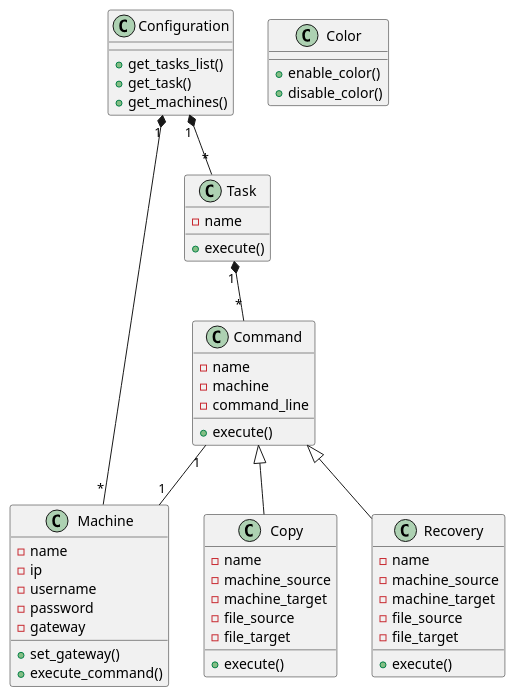
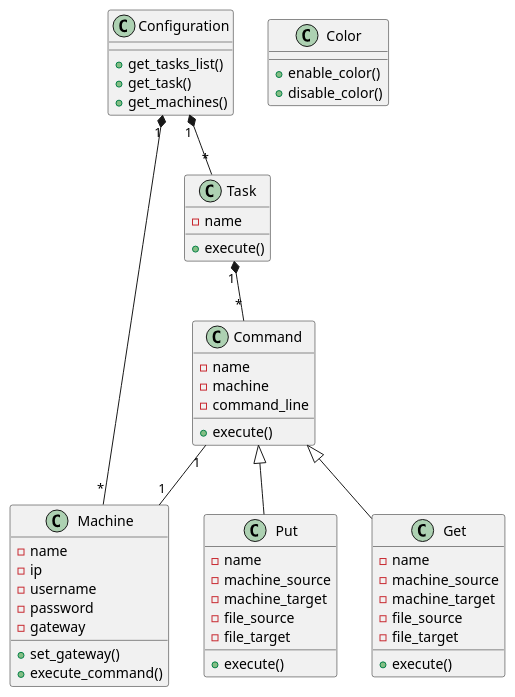
One commit to bth/stools changed the diagram in doc/conception.rst. Above: the diagram before and after it, drawn with PlantUML. The commit also changed 6 other files, not shown here.

Commit message:
Change operations names for get and put operation

```diff
--- a/doc/conception.rst
+++ b/doc/conception.rst
@@ -4,61 +4,61 @@
 .. uml:: 
    
    @startuml
    Configuration "1" *-- "*" Task
    Configuration "1" *-- "*" Machine
    Task "1" *-- "*" Command
    Command "1" -- "1" Machine
-   Command <|-- Copy
-   Command <|-- Recovery
+   Command <|-- Put
+   Command <|-- Get
 
    class Configuration {
      +get_tasks_list()
      +get_task()
      +get_machines()
    }
 
    class Task {
      -name
      +execute()
    }
 
    class Command {
      -name
      -machine
      -command_line
      +execute()
    }
 
-   class Copy {
+   class Put {
      -name
      -machine_source
      -machine_target
      -file_source
      -file_target
      +execute()
    }
 
-   class Recovery {
+   class Get {
      -name
      -machine_source
      -machine_target
      -file_source
      -file_target
      +execute()
    }
 
    class Machine {
      -name
      -ip
      -username
      -password
      -gateway
      +set_gateway()
      +execute_command()
    }
 
    class Color {
      +enable_color()
      +disable_color()
    }
    @enduml
```
